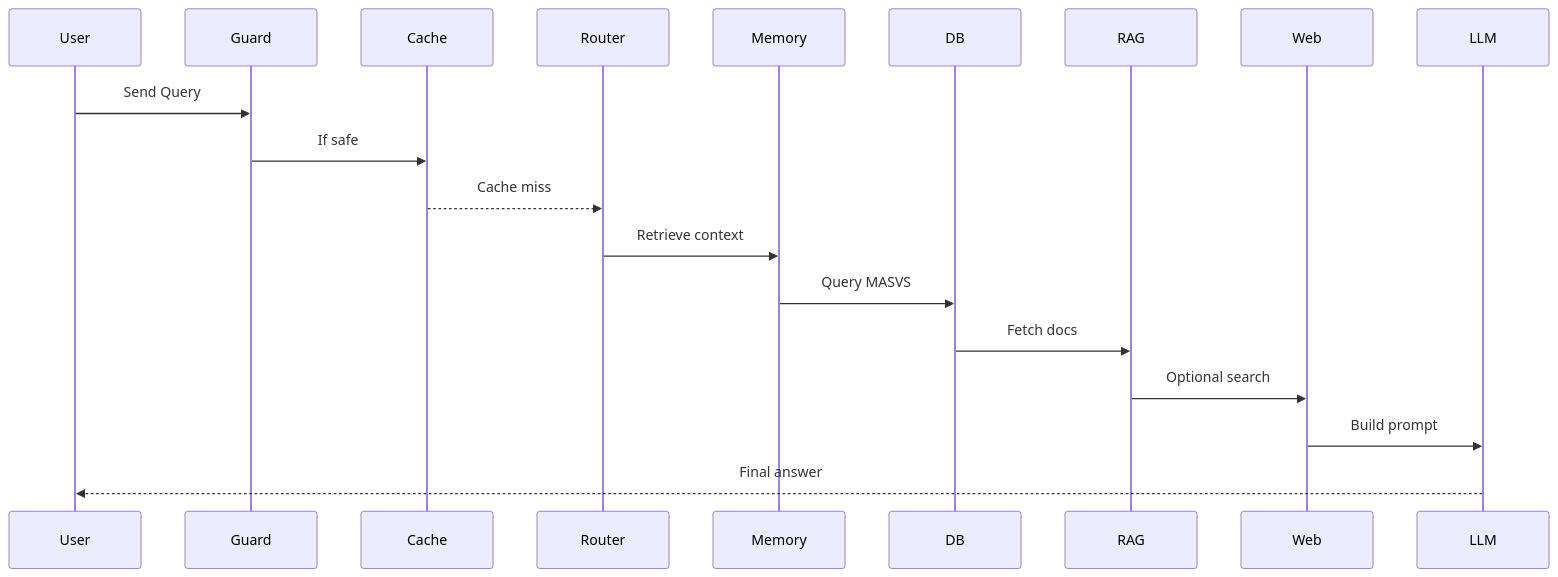
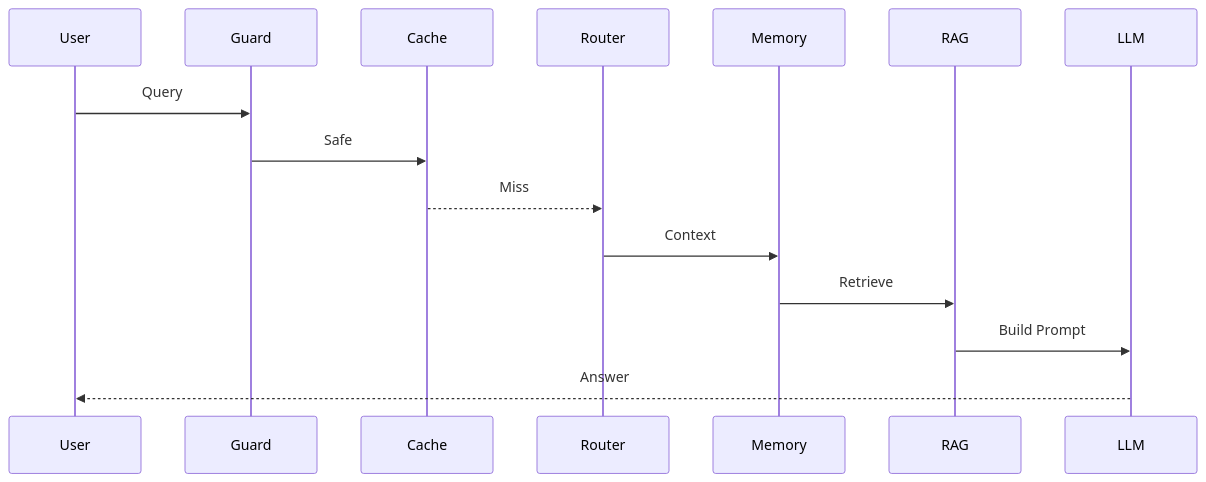
The second of 2 diagrams in README.md (A7med668/LangGraph-Multi-Agent-Mobile-Security-Assistant), drawn with Mermaid before and after one commit. The commit also changed other lines of this file, not shown here.

````diff
--- a/README.md
+++ b/README.md
@@ -53,22 +63,18 @@
 ```mermaid
 sequenceDiagram
     participant User
     participant Guard
     participant Cache
     participant Router
     participant Memory
-    participant DB
     participant RAG
-    participant Web
     participant LLM
 
-    User->>Guard: Send Query
-    Guard->>Cache: If safe
-    Cache-->>Router: Cache miss
-    Router->>Memory: Retrieve context
-    Memory->>DB: Query MASVS
-    DB->>RAG: Fetch docs
-    RAG->>Web: Optional search
-    Web->>LLM: Build prompt
-    LLM-->>User: Final answer
+    User->>Guard: Query
+    Guard->>Cache: Safe
+    Cache-->>Router: Miss
+    Router->>Memory: Context
+    Memory->>RAG: Retrieve
+    RAG->>LLM: Build Prompt
+    LLM-->>User: Answer
 ```
````
